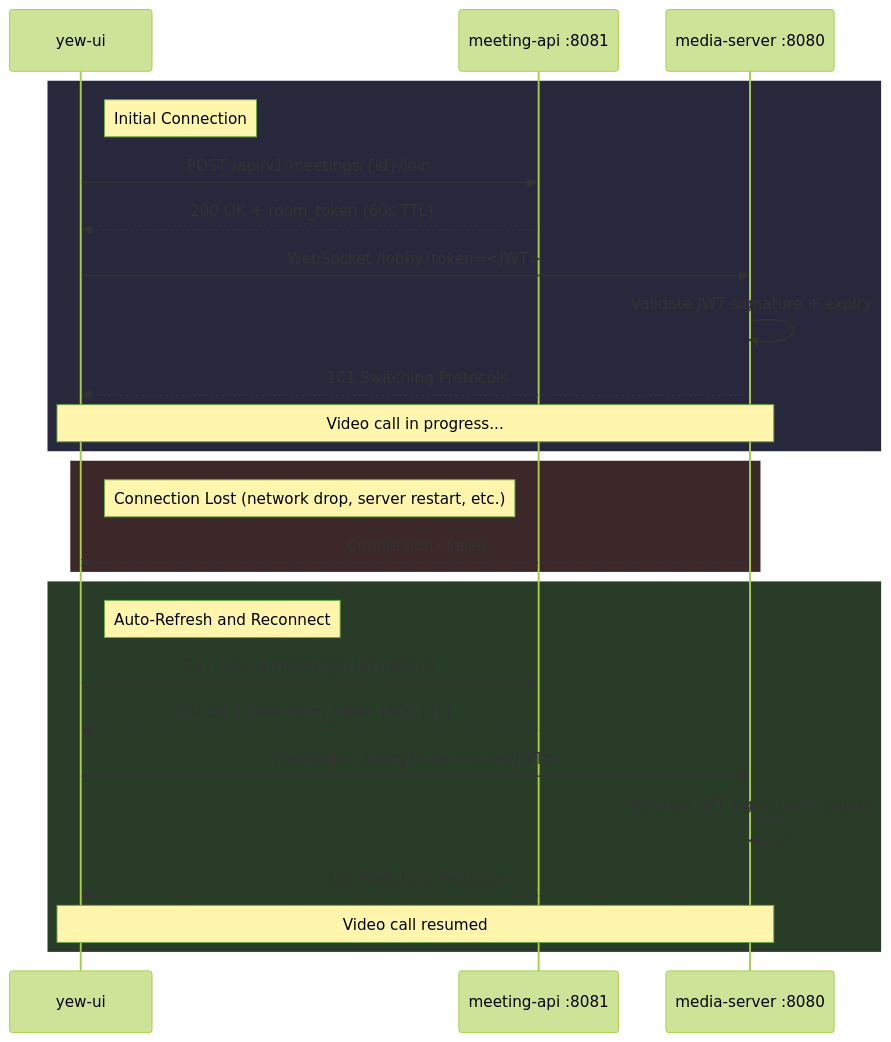
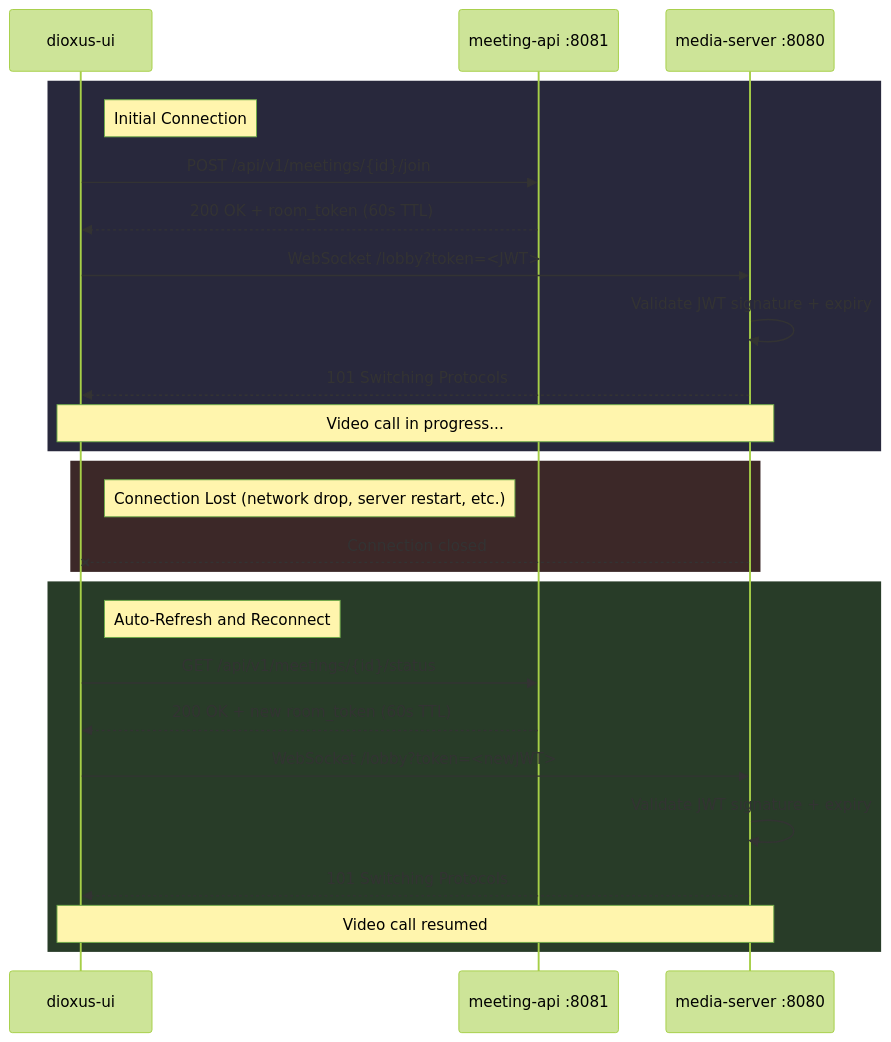
One commit to security-union/videocall-rs changed the first of 4 diagrams in docs/MEETING_API.md. Above: the diagram before and after it, drawn with Mermaid (forest theme). The commit also changed other lines of this file and 6 other files, not shown here.

Commit message:
update docs to reference dioxus and remove yew references

````diff
--- a/docs/MEETING_API.md
+++ b/docs/MEETING_API.md
@@ -99,31 +99,31 @@
 ```mermaid
 sequenceDiagram
-    participant UI as yew-ui
+    participant UI as dioxus-ui
     participant API as meeting-api :8081
     participant MS as media-server :8080
 
     rect rgb(40, 40, 60)
     note right of UI: Initial Connection
     UI->>API: POST /api/v1/meetings/{id}/join
     API-->>UI: 200 OK + room_token (60s TTL)
     UI->>MS: WebSocket /lobby?token=<JWT>
     MS->>MS: Validate JWT signature + expiry
     MS-->>UI: 101 Switching Protocols
     note over UI, MS: Video call in progress...
     end
 
     rect rgb(60, 40, 40)
     note right of UI: Connection Lost (network drop, server restart, etc.)
     MS--xUI: Connection closed
     end
 
     rect rgb(40, 60, 40)
     note right of UI: Auto-Refresh and Reconnect
     UI->>API: GET /api/v1/meetings/{id}/status
     API-->>UI: 200 OK + new room_token (60s TTL)
     UI->>MS: WebSocket /lobby?token=<newJWT>
     MS->>MS: Validate JWT signature + expiry
     MS-->>UI: 101 Switching Protocols
     note over UI, MS: Video call resumed
     end
 ```
````
